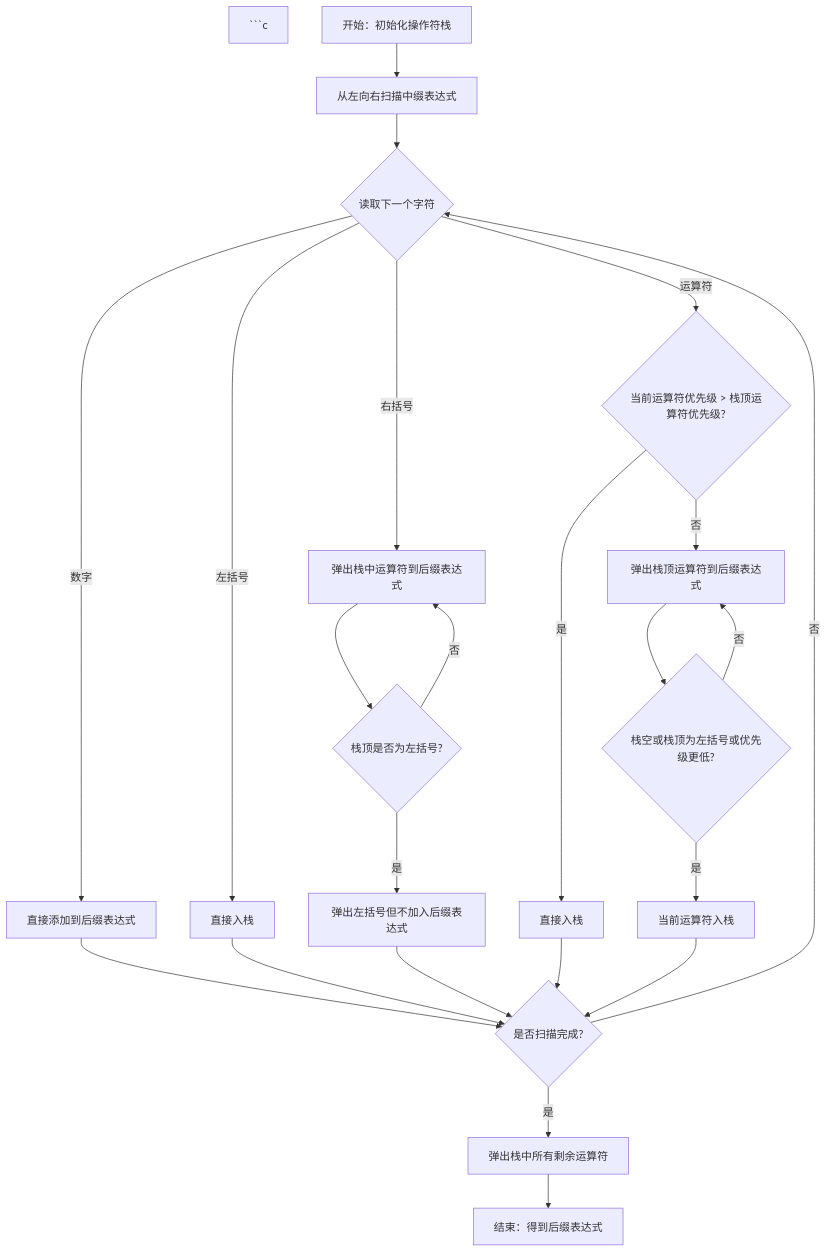
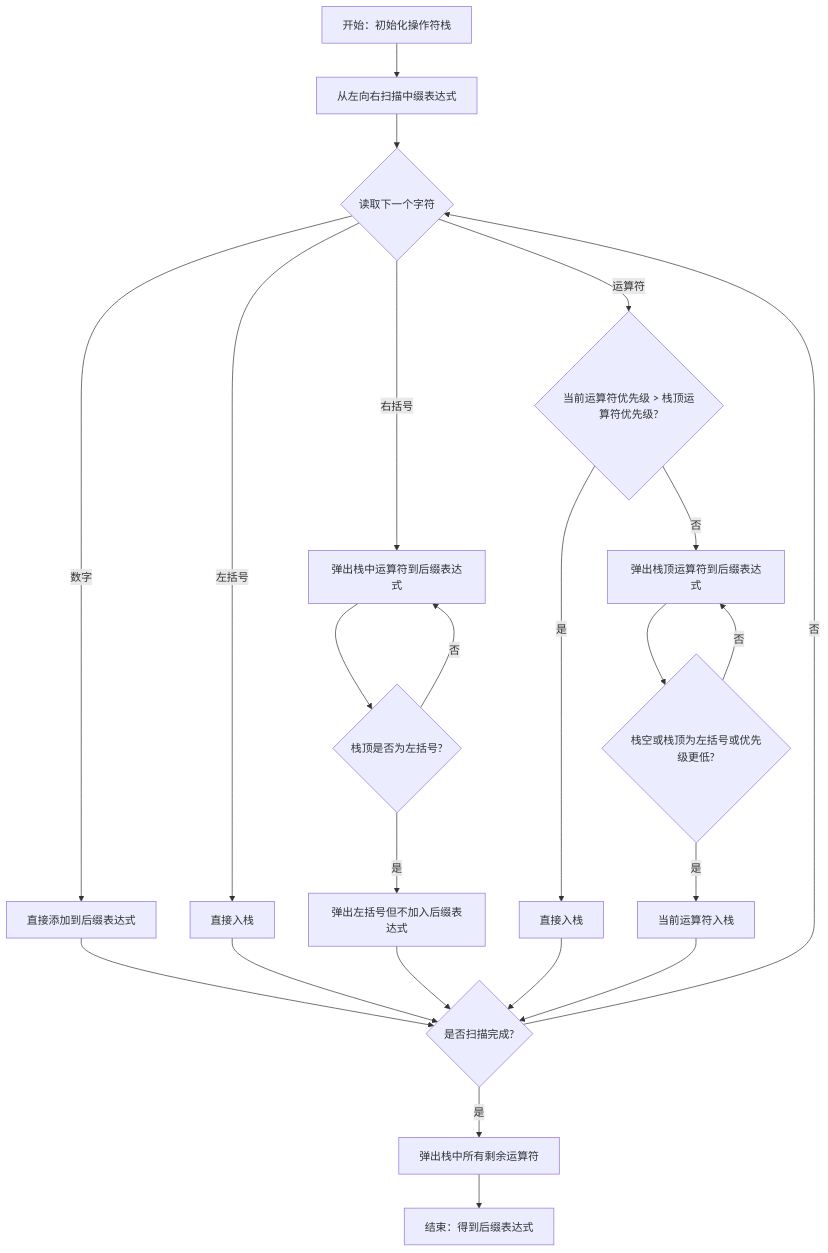
The second of 2 diagrams in content/docs/data-structure/ch02-stack-queue/application.md (cycycy5464/cc408), drawn with Mermaid before and after one commit. The commit also changed other lines of this file and 120 other files, not shown here.

````diff
--- a/content/docs/data-structure/ch02-stack-queue/application.md
+++ b/content/docs/data-structure/ch02-stack-queue/application.md
@@ -201,32 +201,34 @@
  ```mermaid 
  flowchart TD
-```c
- A[开始：初始化操作符栈] --> B[从左向右扫描中缀表达式]
+A[开始：初始化操作符栈] --> B[从左向右扫描中缀表达式]
  B --> C{读取下一个字符}
  
  C -->|数字| D[直接添加到后缀表达式]
  C -->|左括号| E[直接入栈]
  C -->|右括号| F[弹出栈中运算符到后缀表达式]
  C -->|运算符| G{当前运算符优先级 > 栈顶运算符优先级?}
  
  D --> H{是否扫描完成?}
  E --> H
  
  F --> I{栈顶是否为左括号?}
  I -->|否| F
  I -->|是| J[弹出左括号但不加入后缀表达式]
  J --> H
  
  G -->|是| K[直接入栈]
  G -->|否| L[弹出栈顶运算符到后缀表达式]
  L --> M{栈空或栈顶为左括号或优先级更低?}
  M -->|否| L
  M -->|是| N[当前运算符入栈]
  
  K --> H
  N --> H
  
  H -->|否| C
  H -->|是| O[弹出栈中所有剩余运算符]
  O --> P[结束：得到后缀表达式]
-```
+
+
+
+ ```
````
